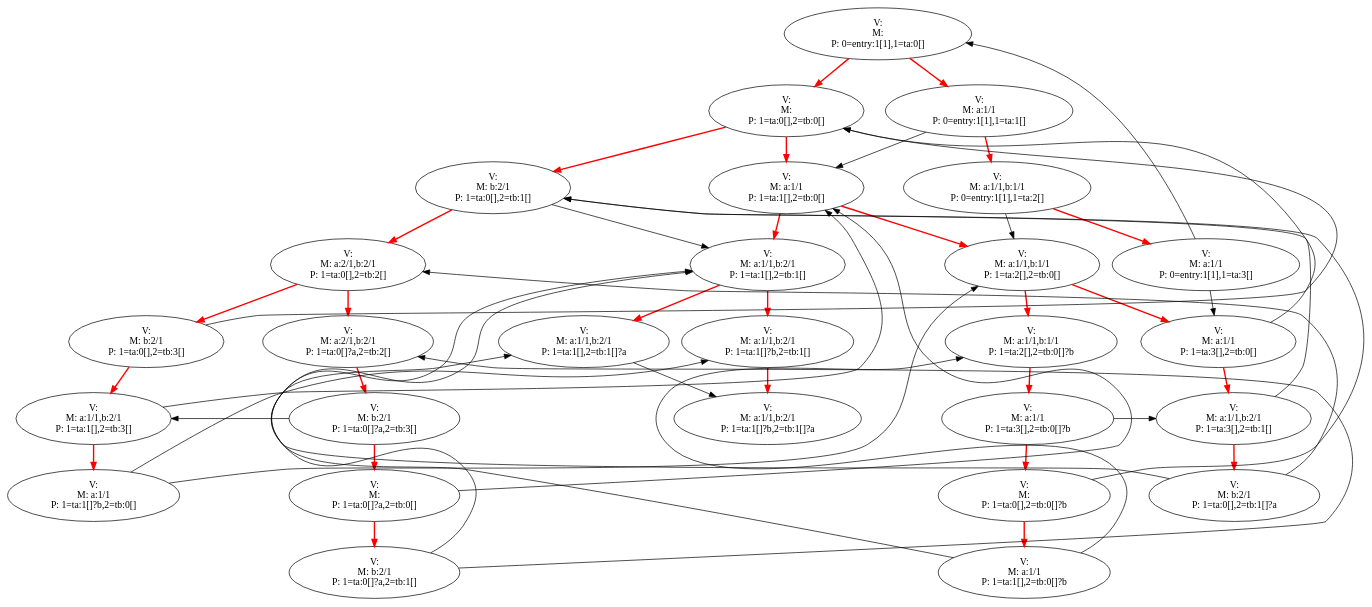
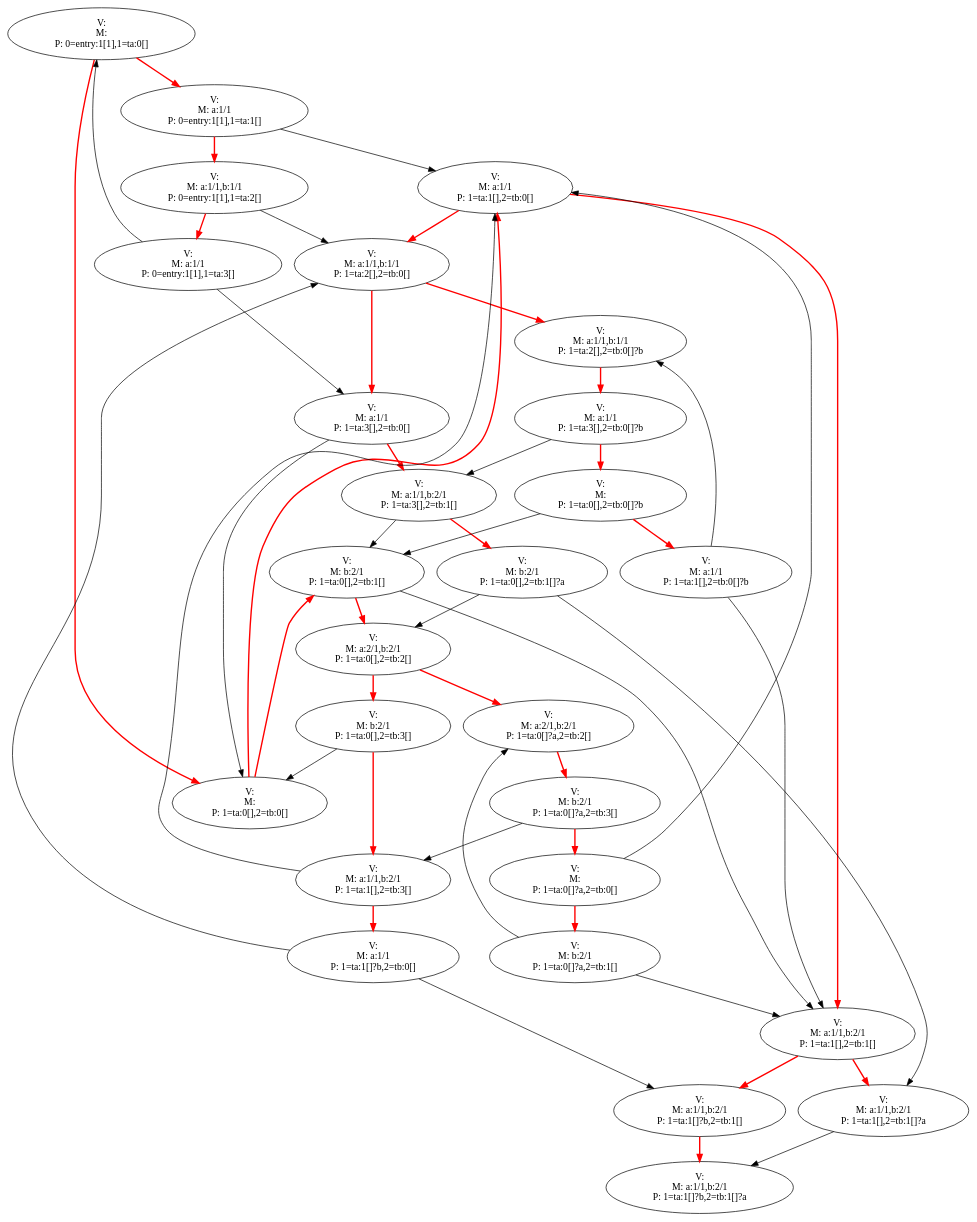
One commit to jkff/minxmod changed the diagram in deadlock.dot. Above: the diagram before and after it, drawn with Graphviz. The commit also changed 7 other files, not shown here.

```diff
--- a/deadlock.dot
+++ b/deadlock.dot
@@ -1,77 +1,77 @@
 digraph g {
 1 [label = "V: \nM: \nP: 0=entry:1[1],1=ta:0[]"]
 2 [label = "V: \nM: a:1/1\nP: 0=entry:1[1],1=ta:1[]"]
 3 [label = "V: \nM: \nP: 1=ta:0[],2=tb:0[]"]
 4 [label = "V: \nM: b:2/1\nP: 1=ta:0[],2=tb:1[]"]
 5 [label = "V: \nM: a:1/1\nP: 1=ta:1[],2=tb:0[]"]
 6 [label = "V: \nM: a:1/1,b:1/1\nP: 0=entry:1[1],1=ta:2[]"]
 7 [label = "V: \nM: a:1/1,b:2/1\nP: 1=ta:1[],2=tb:1[]"]
 8 [label = "V: \nM: a:1/1,b:1/1\nP: 1=ta:2[],2=tb:0[]"]
 9 [label = "V: \nM: a:2/1,b:2/1\nP: 1=ta:0[],2=tb:2[]"]
 10 [label = "V: \nM: a:1/1\nP: 0=entry:1[1],1=ta:3[]"]
 11 [label = "V: \nM: a:1/1,b:1/1\nP: 1=ta:2[],2=tb:0[]?b"]
 12 [label = "V: \nM: a:1/1\nP: 1=ta:3[],2=tb:0[]"]
 13 [label = "V: \nM: a:1/1,b:2/1\nP: 1=ta:1[],2=tb:1[]?a"]
 14 [label = "V: \nM: a:1/1,b:2/1\nP: 1=ta:1[]?b,2=tb:1[]"]
 15 [label = "V: \nM: b:2/1\nP: 1=ta:0[],2=tb:3[]"]
 16 [label = "V: \nM: a:2/1,b:2/1\nP: 1=ta:0[]?a,2=tb:2[]"]
 18 [label = "V: \nM: a:1/1,b:2/1\nP: 1=ta:3[],2=tb:1[]"]
 20 [label = "V: \nM: a:1/1\nP: 1=ta:3[],2=tb:0[]?b"]
 21 [label = "V: \nM: a:1/1,b:2/1\nP: 1=ta:1[]?b,2=tb:1[]?a"]
 22 [label = "V: \nM: b:2/1\nP: 1=ta:0[]?a,2=tb:3[]"]
 24 [label = "V: \nM: a:1/1,b:2/1\nP: 1=ta:1[],2=tb:3[]"]
 32 [label = "V: \nM: \nP: 1=ta:0[],2=tb:0[]?b"]
 33 [label = "V: \nM: \nP: 1=ta:0[]?a,2=tb:0[]"]
 35 [label = "V: \nM: b:2/1\nP: 1=ta:0[],2=tb:1[]?a"]
 36 [label = "V: \nM: a:1/1\nP: 1=ta:1[],2=tb:0[]?b"]
 37 [label = "V: \nM: b:2/1\nP: 1=ta:0[]?a,2=tb:1[]"]
 38 [label = "V: \nM: a:1/1\nP: 1=ta:1[]?b,2=tb:0[]"]
 1 -> 3 [style=bold, color=red, weight=10]
 1 -> 2 [style=bold, color=red, weight=10]
-2 -> 5 [constraint=false]
+2 -> 5 [constraint=true]
 2 -> 6 [style=bold, color=red, weight=10]
 3 -> 5 [style=bold, color=red, weight=10]
 3 -> 4 [style=bold, color=red, weight=10]
-4 -> 7 [constraint=false]
+4 -> 7 [constraint=true]
 4 -> 9 [style=bold, color=red, weight=10]
 5 -> 8 [style=bold, color=red, weight=10]
 5 -> 7 [style=bold, color=red, weight=10]
-6 -> 8 [constraint=false]
+6 -> 8 [constraint=true]
 6 -> 10 [style=bold, color=red, weight=10]
 7 -> 14 [style=bold, color=red, weight=10]
 7 -> 13 [style=bold, color=red, weight=10]
 8 -> 12 [style=bold, color=red, weight=10]
 8 -> 11 [style=bold, color=red, weight=10]
 9 -> 16 [style=bold, color=red, weight=10]
 9 -> 15 [style=bold, color=red, weight=10]
-10 -> 12 [constraint=false]
-10 -> 1 [constraint=false]
+10 -> 12 [constraint=true]
+10 -> 1 [constraint=true]
 11 -> 20 [style=bold, color=red, weight=10]
-12 -> 3 [constraint=false]
+12 -> 3 [constraint=true]
 12 -> 18 [style=bold, color=red, weight=10]
-13 -> 21 [constraint=false]
+13 -> 21 [constraint=true]
 14 -> 21 [style=bold, color=red, weight=10]
 15 -> 24 [style=bold, color=red, weight=10]
-15 -> 3 [constraint=false]
+15 -> 3 [constraint=true]
 16 -> 22 [style=bold, color=red, weight=10]
-18 -> 4 [constraint=false]
+18 -> 4 [constraint=true]
 18 -> 35 [style=bold, color=red, weight=10]
 20 -> 32 [style=bold, color=red, weight=10]
-20 -> 18 [constraint=false]
-22 -> 24 [constraint=false]
+20 -> 18 [constraint=true]
+22 -> 24 [constraint=true]
 22 -> 33 [style=bold, color=red, weight=10]
 24 -> 38 [style=bold, color=red, weight=10]
-24 -> 5 [constraint=false]
+24 -> 5 [constraint=true]
 32 -> 36 [style=bold, color=red, weight=10]
-32 -> 4 [constraint=false]
-33 -> 5 [constraint=false]
+32 -> 4 [constraint=true]
+33 -> 5 [constraint=true]
 33 -> 37 [style=bold, color=red, weight=10]
-35 -> 13 [constraint=false]
-35 -> 9 [constraint=false]
-36 -> 11 [constraint=false]
-36 -> 7 [constraint=false]
-37 -> 7 [constraint=false]
-37 -> 16 [constraint=false]
-38 -> 8 [constraint=false]
-38 -> 14 [constraint=false]
+35 -> 13 [constraint=true]
+35 -> 9 [constraint=true]
+36 -> 11 [constraint=true]
+36 -> 7 [constraint=true]
+37 -> 7 [constraint=true]
+37 -> 16 [constraint=true]
+38 -> 8 [constraint=true]
+38 -> 14 [constraint=true]
 }
```
